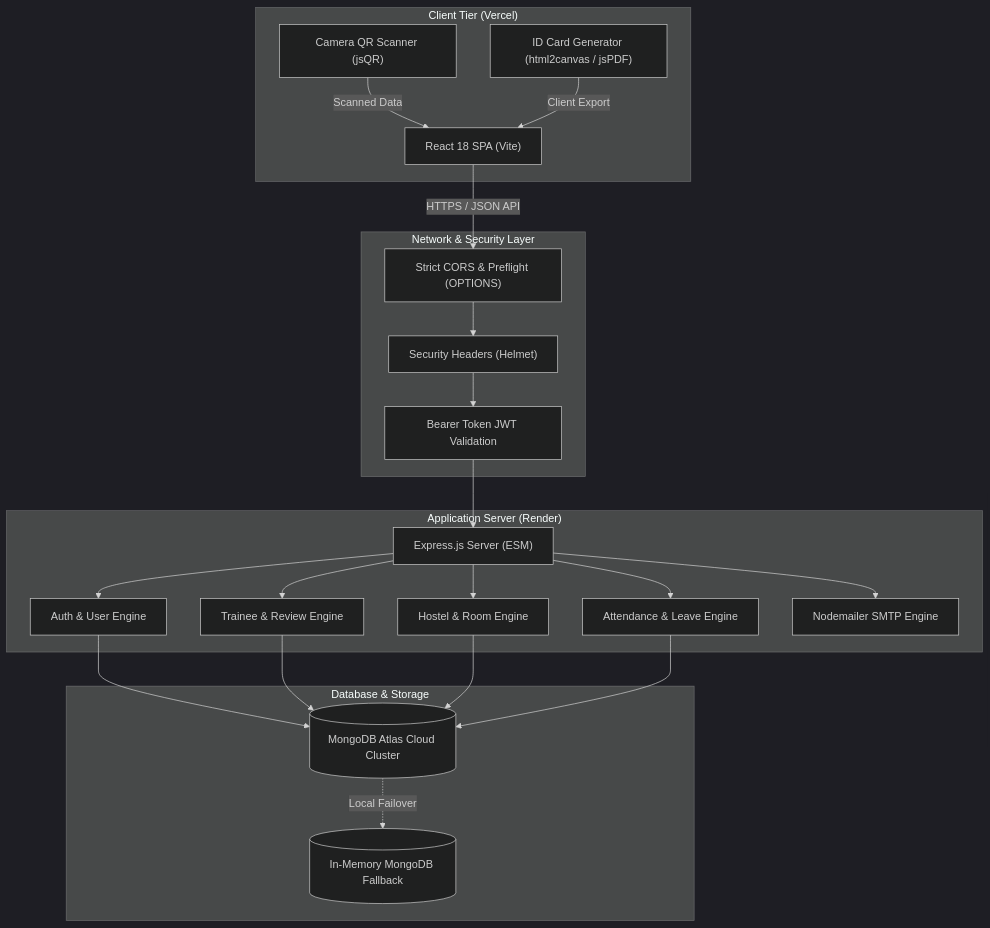
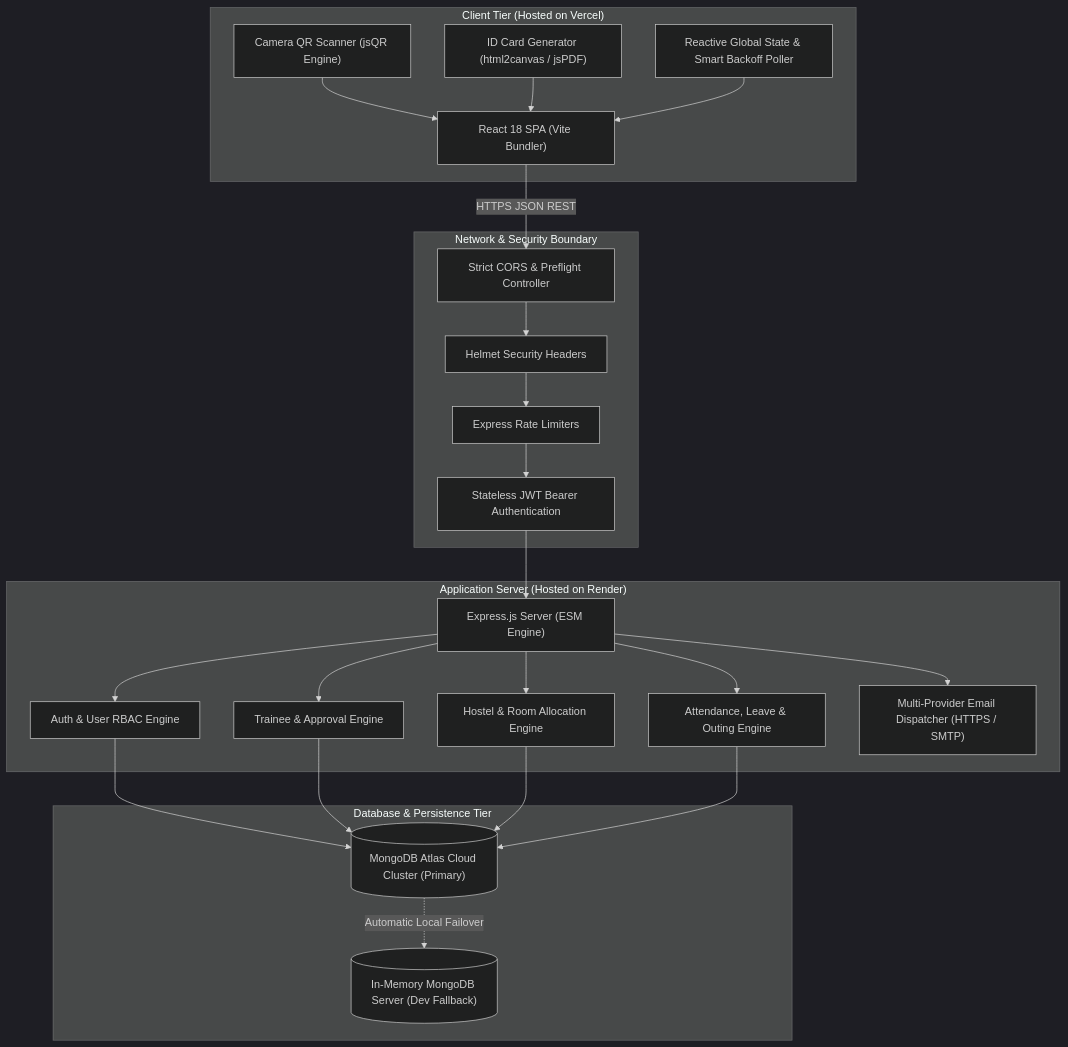
One commit to RavaneshSaravanan/Trainee-Hostel-Management changed the first of 6 diagrams in PROJECT_REPORT.md. Above: the diagram before and after it, drawn with Mermaid (dark theme). The commit also changed other lines of this file, not shown here.

Commit message:
Update comprehensive project report with complete system architecture, security, and multi-provider email strategy

````diff
--- a/PROJECT_REPORT.md
+++ b/PROJECT_REPORT.md
@@ -25,49 +54,53 @@
 ```mermaid
 graph TD
-    subgraph Client Tier ["Client Tier (Vercel)"]
-        UI["React 18 SPA (Vite)"]
-        Scanner["Camera QR Scanner (jsQR)"]
+    subgraph Client Tier ["Client Tier (Hosted on Vercel)"]
+        UI["React 18 SPA (Vite Bundler)"]
+        Scanner["Camera QR Scanner (jsQR Engine)"]
         Canvas["ID Card Generator (html2canvas / jsPDF)"]
+        Store["Reactive Global State & Smart Backoff Poller"]
     end
 
-    subgraph Edge ["Network & Security Layer"]
-        CORS["Strict CORS & Preflight (OPTIONS)"]
-        Helmet["Security Headers (Helmet)"]
-        JWT["Bearer Token JWT Validation"]
+    subgraph Security Layer ["Network & Security Boundary"]
+        CORS["Strict CORS & Preflight Controller"]
+        Helmet["Helmet Security Headers"]
+        Limiter["Express Rate Limiters"]
+        JWTAuth["Stateless JWT Bearer Authentication"]
     end
 
-    subgraph Server Tier ["Application Server (Render)"]
-        Express["Express.js Server (ESM)"]
-        AuthRoute["Auth & User Engine"]
-        TraineeRoute["Trainee & Review Engine"]
-        HostelRoute["Hostel & Room Engine"]
-        RecordRoute["Attendance & Leave Engine"]
-        MailService["Nodemailer SMTP Engine"]
+    subgraph Application Tier ["Application Server (Hosted on Render)"]
+        ExpressApp["Express.js Server (ESM Engine)"]
+        AuthModule["Auth & User RBAC Engine"]
+        TraineeModule["Trainee & Approval Engine"]
+        HostelModule["Hostel & Room Allocation Engine"]
+        RecordModule["Attendance, Leave & Outing Engine"]
+        DispatchModule["Multi-Provider Email Dispatcher (HTTPS / SMTP)"]
     end
 
-    subgraph Data Tier ["Database & Storage"]
-        Atlas[("MongoDB Atlas Cloud Cluster")]
-        MemoryDB[("In-Memory MongoDB Fallback")]
+    subgraph Data Tier ["Database & Persistence Tier"]
+        AtlasCluster[("MongoDB Atlas Cloud Cluster (Primary)")]
+        LocalMemoryDB[("In-Memory MongoDB Server (Dev Fallback)")]
     end
 
-    UI -->|HTTPS / JSON API| CORS
-    Scanner -->|Scanned Data| UI
-    Canvas -->|Client Export| UI
+    UI -->|HTTPS JSON REST| CORS
+    Scanner --> UI
+    Canvas --> UI
+    Store --> UI
 
     CORS --> Helmet
-    Helmet --> JWT
-    JWT --> Express
+    Helmet --> Limiter
+    Limiter --> JWTAuth
+    JWTAuth --> ExpressApp
 
-    Express --> AuthRoute
-    Express --> TraineeRoute
-    Express --> HostelRoute
-    Express --> RecordRoute
-    Express --> MailService
+    ExpressApp --> AuthModule
+    ExpressApp --> TraineeModule
+    ExpressApp --> HostelModule
+    ExpressApp --> RecordModule
+    ExpressApp --> DispatchModule
 
-    AuthRoute --> Atlas
-    TraineeRoute --> Atlas
-    HostelRoute --> Atlas
-    RecordRoute --> Atlas
+    AuthModule --> AtlasCluster
+    TraineeModule --> AtlasCluster
+    HostelModule --> AtlasCluster
+    RecordModule --> AtlasCluster
 
-    Atlas -.->|Local Failover| MemoryDB
+    AtlasCluster -.->|Automatic Local Failover| LocalMemoryDB
 ```
````
